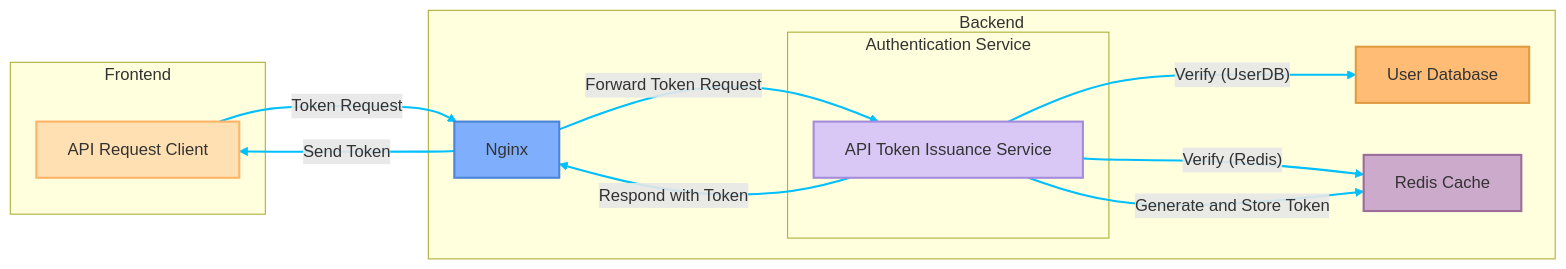
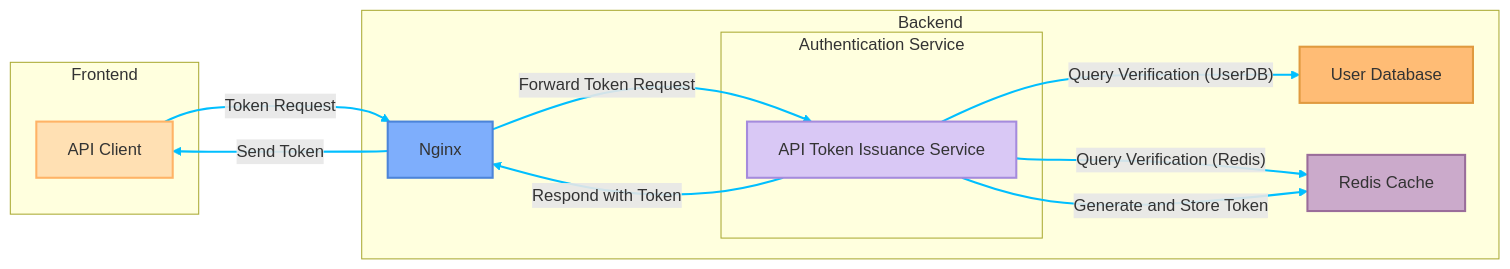
One commit to DocsaidLab/website changed the third of 6 diagrams in i18n/en/docusaurus-plugin-content-blog/2025/03-16-builds-dashboard-system/index.md. Above: the diagram before and after it, drawn with Mermaid. The commit also changed other lines of this file and 2 other files, not shown here.

````diff
--- a/i18n/en/docusaurus-plugin-content-blog/2025/03-16-builds-dashboard-system/index.md
+++ b/i18n/en/docusaurus-plugin-content-blog/2025/03-16-builds-dashboard-system/index.md
@@ -248,38 +302,38 @@
 ```mermaid
 graph LR
     subgraph Frontend
-        apiClient[API Request Client]
+        apiClient[API Client]
     end
 
     subgraph Backend
         Nginx[Nginx]
         subgraph Authentication Service
             APIToken[API Token Issuance Service]
         end
         UserDB[User Database]
         Redis[Redis Cache]
     end
 
     apiClient -- "Token Request" --> Nginx
     Nginx -- "Forward Token Request" --> APIToken
-    APIToken -- "Verify (Redis)" --> Redis
-    APIToken -- "Verify (UserDB)" --> UserDB
+    APIToken -- "Query Verification (Redis)" --> Redis
+    APIToken -- "Query Verification (UserDB)" --> UserDB
     APIToken -- "Generate and Store Token" --> Redis
     APIToken -- "Respond with Token" --> Nginx
     Nginx -- "Send Token" --> apiClient
 
     linkStyle 0 stroke:#00bfff,stroke-width:2px
     linkStyle 1 stroke:#00bfff,stroke-width:2px
     linkStyle 2 stroke:#00bfff,stroke-width:2px
     linkStyle 3 stroke:#00bfff,stroke-width:2px
     linkStyle 4 stroke:#00bfff,stroke-width:2px
     linkStyle 5 stroke:#00bfff,stroke-width:2px
     linkStyle 6 stroke:#00bfff,stroke-width:2px
 
     %% Node Styles
     style apiClient fill:#ffe0b3,stroke:#ffb366,stroke-width:2px
     style Nginx fill:#7eaefc,stroke:#4c84d9,stroke-width:2px
     style APIToken fill:#d9c8f5,stroke:#a58bdd,stroke-width:2px
     style UserDB fill:#ffbc75,stroke:#e09a3f,stroke-width:2px
     style Redis fill:#cbaacb,stroke:#9a6d9a,stroke-width:2px
 ```
````
